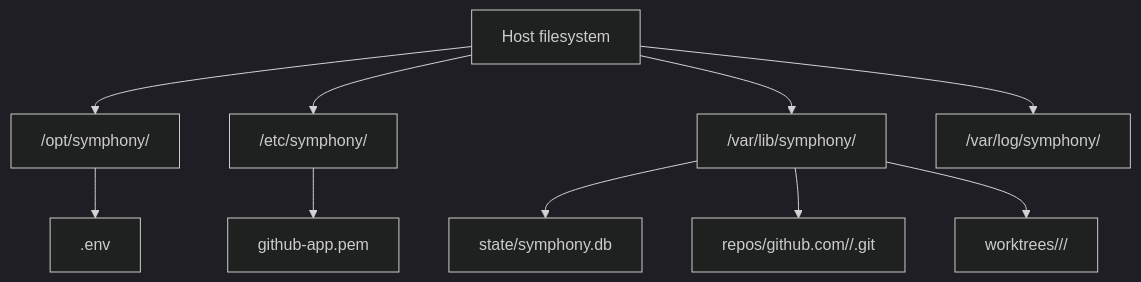
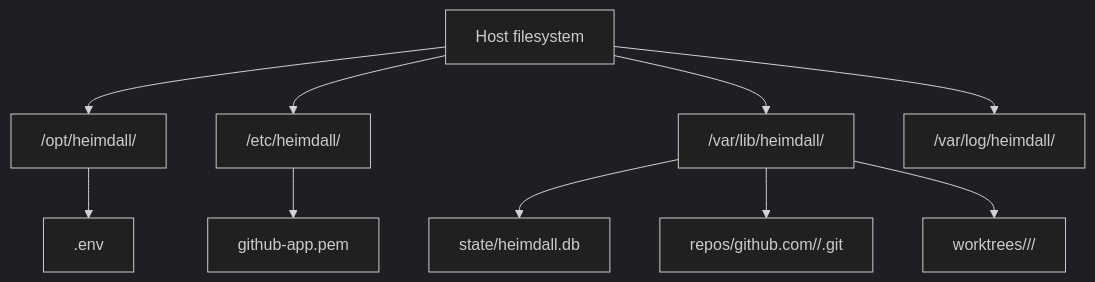
Before and after one commit to mngeow/heimdall: the diagram in docs/operations.md, drawn with Mermaid (dark theme). The commit also changed other lines of this file and 112 other files, not shown here.

````diff
--- a/docs/operations.md
+++ b/docs/operations.md
@@ -31,12 +31,12 @@
 ```mermaid
 flowchart TB
-    Host["Host filesystem"] --> Project["/opt/symphony/"]
-    Host --> Etc["/etc/symphony/"]
-    Host --> VarLib["/var/lib/symphony/"]
-    Host --> VarLog["/var/log/symphony/"]
+    Host["Host filesystem"] --> Project["/opt/heimdall/"]
+    Host --> Etc["/etc/heimdall/"]
+    Host --> VarLib["/var/lib/heimdall/"]
+    Host --> VarLog["/var/log/heimdall/"]
     Project --> Config[".env"]
     Etc --> Key["github-app.pem"]
-    VarLib --> State["state/symphony.db"]
+    VarLib --> State["state/heimdall.db"]
     VarLib --> Repos["repos/github.com/<owner>/<repo>.git"]
     VarLib --> Worktrees["worktrees/<provider>/<issue-key>/"]
 ```
````
